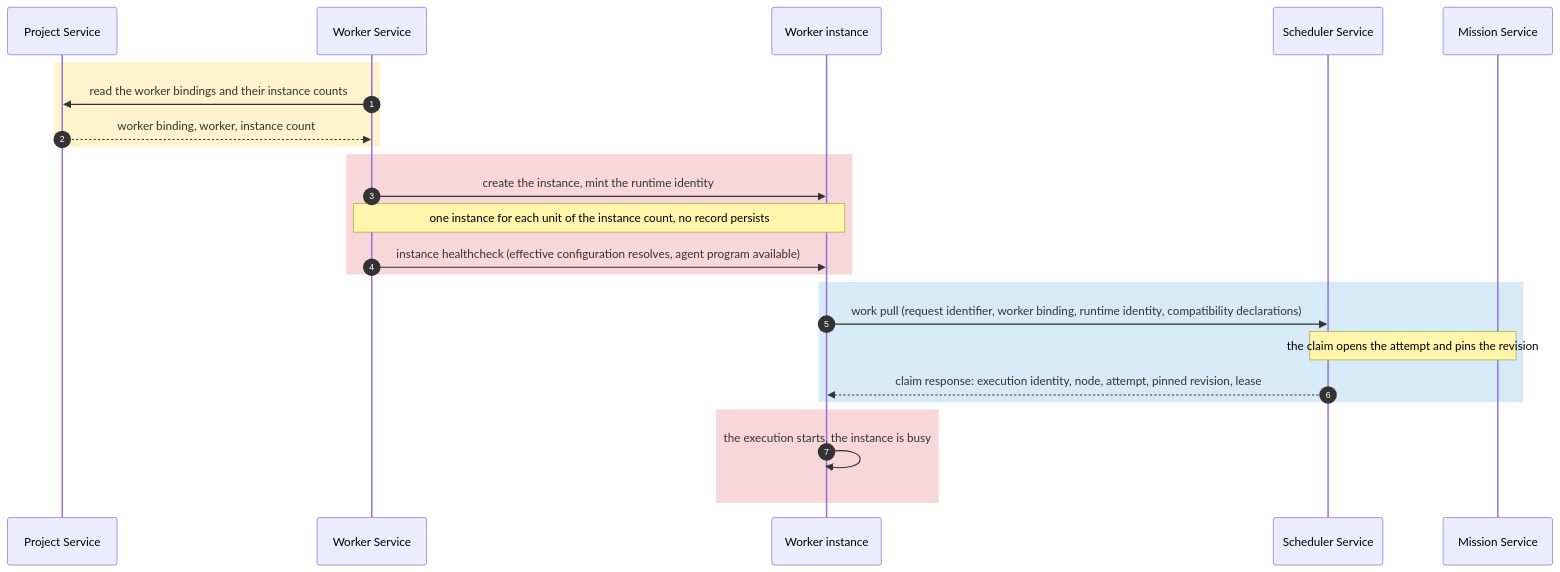
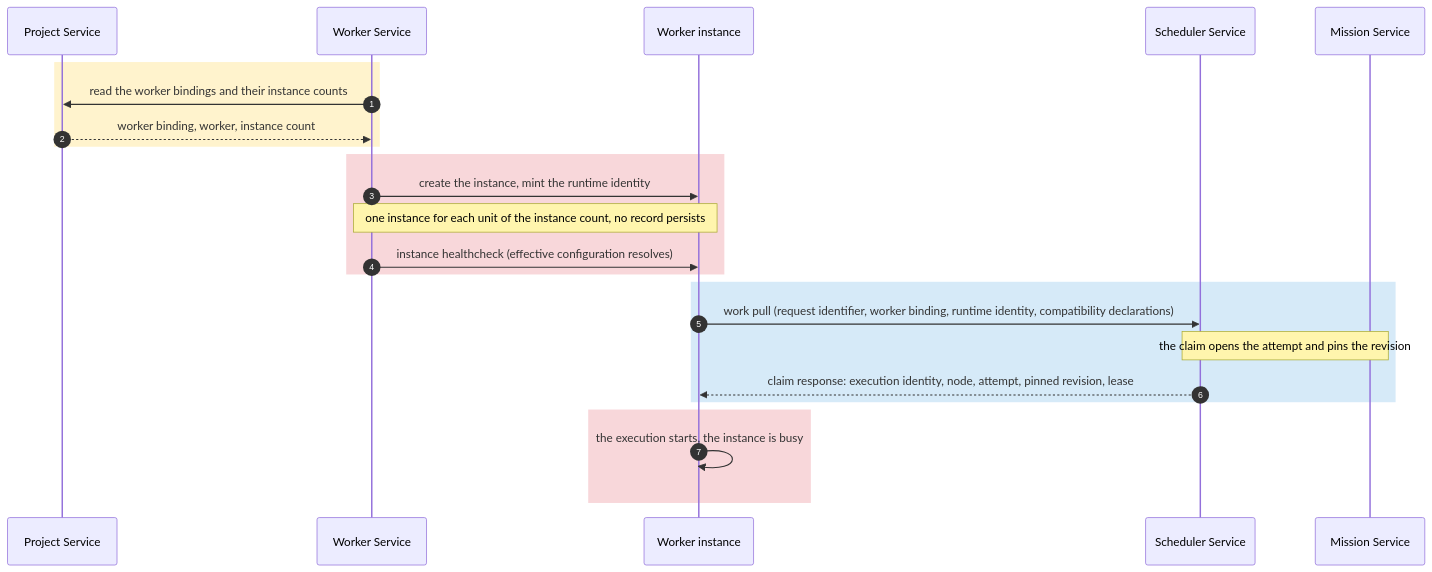
The first of 8 diagrams in docs/worker-service.md (kanthorlabs/kanthord), drawn with Mermaid before and after one commit. The commit also changed other lines of this file and 16 other files, not shown here.

````diff
--- a/docs/worker-service.md
+++ b/docs/worker-service.md
@@ -169,27 +168,27 @@
 ```mermaid
 sequenceDiagram
     autonumber
     participant P as Project Service
     participant W as Worker Service
     participant I as Worker instance
     participant S as Scheduler Service
     participant M as Mission Service
 
     rect rgb(255, 243, 205)
         W->>P: read the worker bindings and their instance counts
         P-->>W: worker binding, worker, instance count
     end
     rect rgb(248, 215, 218)
         W->>I: create the instance, mint the runtime identity
         Note over W,I: one instance for each unit of the instance count, no record persists
-        W->>I: instance healthcheck (effective configuration resolves, agent program available)
+        W->>I: instance healthcheck (effective configuration resolves)
     end
     rect rgb(214, 234, 248)
         I->>S: work pull (request identifier, worker binding, runtime identity, compatibility declarations)
         Note over S,M: the claim opens the attempt and pins the revision
         S-->>I: claim response: execution identity, node, attempt, pinned revision, lease
     end
     rect rgb(248, 215, 218)
         I->>I: the execution starts, the instance is busy
     end
 ```
````
